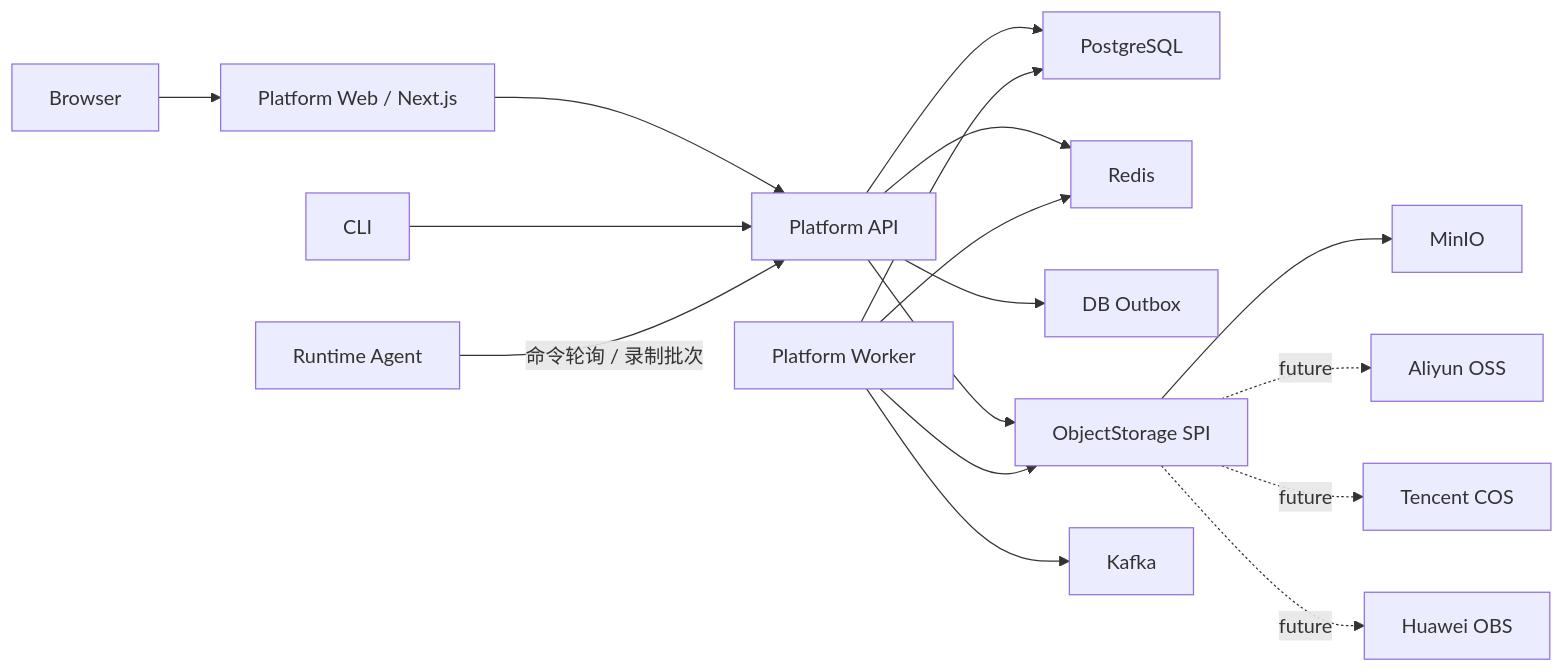
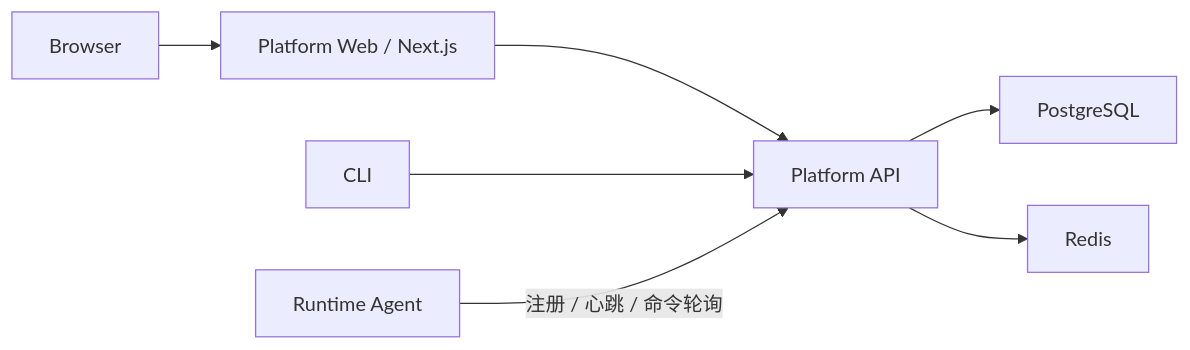
The diagram in docs/architecture/simplified-platform-architecture.md (YongShuaiJi/kairo), drawn with Mermaid before and after one commit. The commit also changed other lines of this file and 11 other files, not shown here.

````diff
--- a/docs/architecture/simplified-platform-architecture.md
+++ b/docs/architecture/simplified-platform-architecture.md
@@ -20,19 +20,9 @@
 ```mermaid
 flowchart LR
     Browser["Browser"] --> Web["Platform Web / Next.js"]
     Web --> API["Platform API"]
     CLI["CLI"] --> API
-    Agent["Runtime Agent"] -->|"命令轮询 / 录制批次"| API
+    Agent["Runtime Agent"] -->|"注册 / 心跳 / 命令轮询"| API
     API --> PG["PostgreSQL"]
     API --> Redis["Redis"]
-    API --> Outbox["DB Outbox"]
-    API --> Storage["ObjectStorage SPI"]
-    Worker["Platform Worker"] --> PG
-    Worker --> Redis
-    Worker --> Kafka
-    Worker --> Storage
-    Storage --> MinIO["MinIO"]
-    Storage -. future .-> OSS["Aliyun OSS"]
-    Storage -. future .-> COS["Tencent COS"]
-    Storage -. future .-> OBS["Huawei OBS"]
 ```
````
